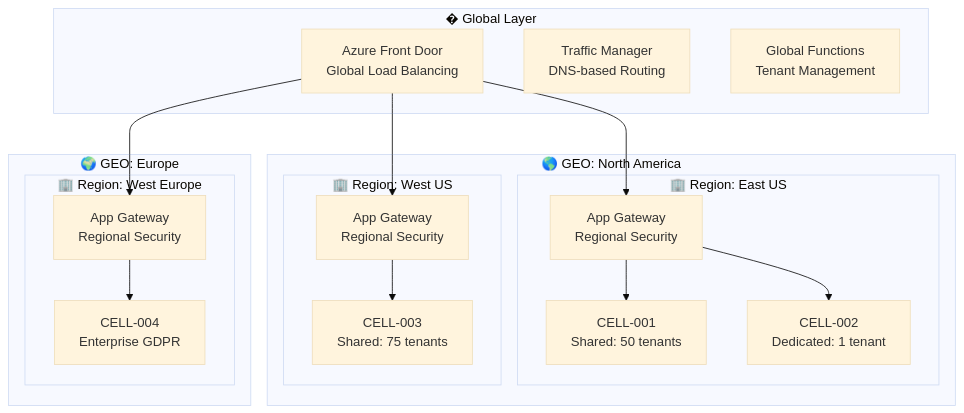
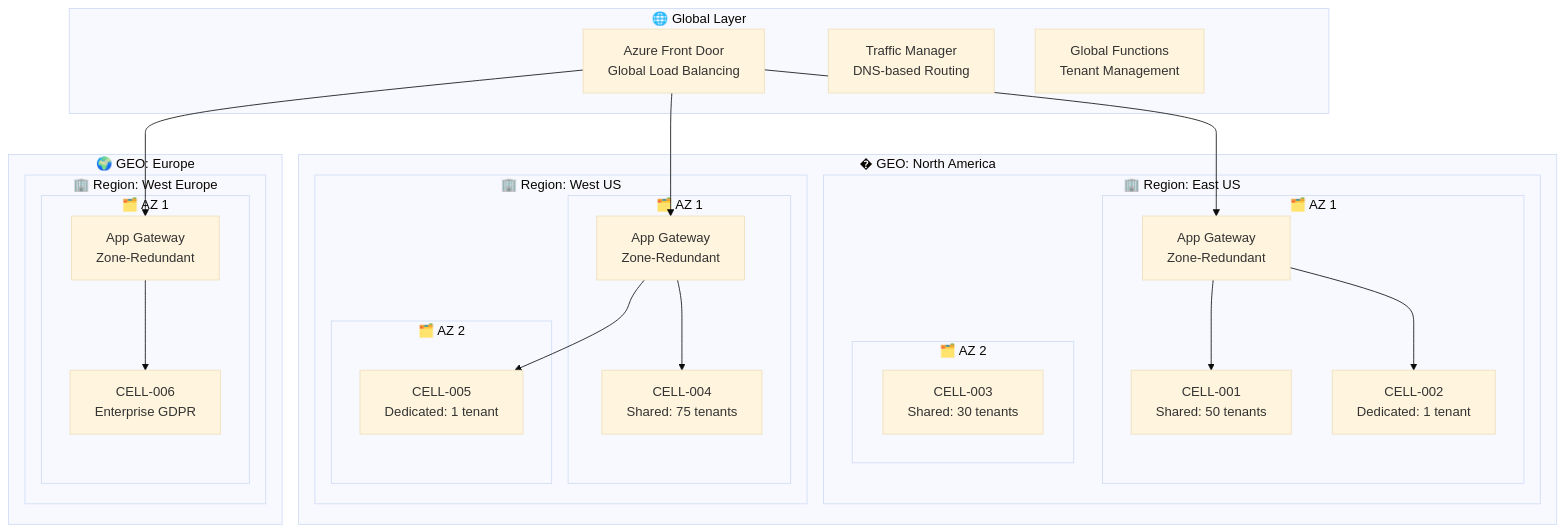
Before and after one commit to srnichols/StampsPattern: the first of 5 diagrams in docs/ARCHITECTURE_GUIDE.md, drawn with Mermaid (base theme). The commit also changed other lines of this file and 5 other files, not shown here.

Commit message:
docs: add global capacity management and supply constraint guidance to README and architecture docs

````diff
--- a/docs/ARCHITECTURE_GUIDE.md
+++ b/docs/ARCHITECTURE_GUIDE.md
@@ -56,36 +61,49 @@
 ```mermaid
 graph TB
-    subgraph "� Global Layer"
+    subgraph "🌐 Global Layer"
         FD[Azure Front Door<br/>Global Load Balancing]
         TM[Traffic Manager<br/>DNS-based Routing]
         GF[Global Functions<br/>Tenant Management]
     end
     
-    subgraph "🌎 GEO: North America"
+    subgraph "� GEO: North America"
         subgraph "🏢 Region: East US"
-            AG1[App Gateway<br/>Regional Security]
-            C1[CELL-001<br/>Shared: 50 tenants]
-            C2[CELL-002<br/>Dedicated: 1 tenant]
+            subgraph "🗂️ AZ 1"
+                AG1[App Gateway<br/>Zone-Redundant]
+                C1[CELL-001<br/>Shared: 50 tenants]
+                C2[CELL-002<br/>Dedicated: 1 tenant]
+            end
+            subgraph "🗂️ AZ 2"
+                C3[CELL-003<br/>Shared: 30 tenants]
+            end
         end
         subgraph "🏢 Region: West US"
-            AG2[App Gateway<br/>Regional Security]
-            C3[CELL-003<br/>Shared: 75 tenants]
+            subgraph "🗂️ AZ 1"
+                AG2[App Gateway<br/>Zone-Redundant]
+                C4[CELL-004<br/>Shared: 75 tenants]
+            end
+            subgraph "🗂️ AZ 2"
+                C5[CELL-005<br/>Dedicated: 1 tenant]
+            end
         end
     end
     
     subgraph "🌍 GEO: Europe"
         subgraph "🏢 Region: West Europe"
-            AG3[App Gateway<br/>Regional Security]
-            C4[CELL-004<br/>Enterprise GDPR]
+            subgraph "🗂️ AZ 1"
+                AG3[App Gateway<br/>Zone-Redundant]
+                C6[CELL-006<br/>Enterprise GDPR]
+            end
         end
     end
     
     FD --> AG1
     FD --> AG2
     FD --> AG3
     
     AG1 --> C1
     AG1 --> C2
-    AG2 --> C3
-    AG3 --> C4
+    AG2 --> C4
+    AG2 --> C5
+    AG3 --> C6
 ```
````
